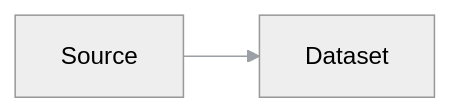
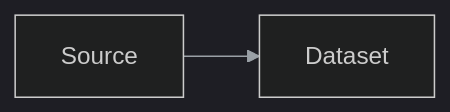
One commit to lukaszj321/otcv8-dev changed the diagram in docs/authoring/_instructions/08-authoring-index.instructions.md. Above: the diagram before and after it, drawn with Mermaid.

````diff
--- a/docs/authoring/_instructions/08-authoring-index.instructions.md
+++ b/docs/authoring/_instructions/08-authoring-index.instructions.md
@@ -45,5 +45,5 @@
   ```{mermaid}
-  %%{init: {'theme':'neutral','themeVariables':{'primaryTextColor':'#ddd','lineColor':'#9aa0a6'}}}%%
+  %%{init: {'theme':'dark','themeVariables':{'primaryTextColor':'#ddd','lineColor':'#9aa0a6'}}}%%
   graph LR
     A[Source] --> B[Dataset]
   ```
````
